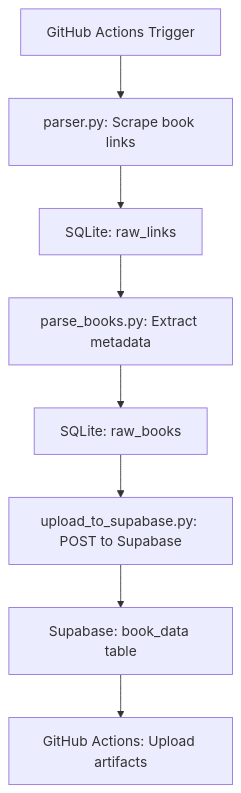
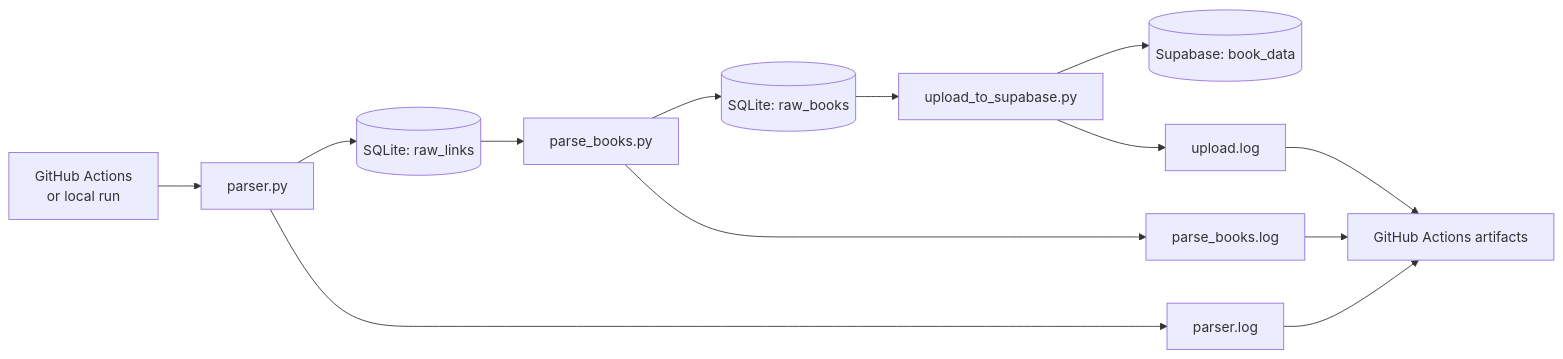
Before and after one commit to Revo69/vivat-etl: the diagram in README.md, drawn with Mermaid. The commit also changed other lines of this file, not shown here.

````diff
--- a/README.md
+++ b/README.md
@@ -179,10 +24,15 @@
 ```mermaid
-graph TD
-    A[GitHub Actions Trigger] --> B[parser.py: Scrape book links]
-    B --> C[SQLite: raw_links]
-    C --> D[parse_books.py: Extract metadata]
-    D --> E[SQLite: raw_books]
-    E --> F[upload_to_supabase.py: POST to Supabase]
-    F --> G[Supabase: book_data table]
-    G --> H[GitHub Actions: Upload artifacts]
+flowchart LR
+    A[GitHub Actions<br/>or local run] --> B[parser.py]
+    B --> C[(SQLite: raw_links)]
+    C --> D[parse_books.py]
+    D --> E[(SQLite: raw_books)]
+    E --> F[upload_to_supabase.py]
+    F --> G[(Supabase: book_data)]
+    B --> H[parser.log]
+    D --> I[parse_books.log]
+    F --> J[upload.log]
+    H --> K[GitHub Actions artifacts]
+    I --> K
+    J --> K
 ```
````
